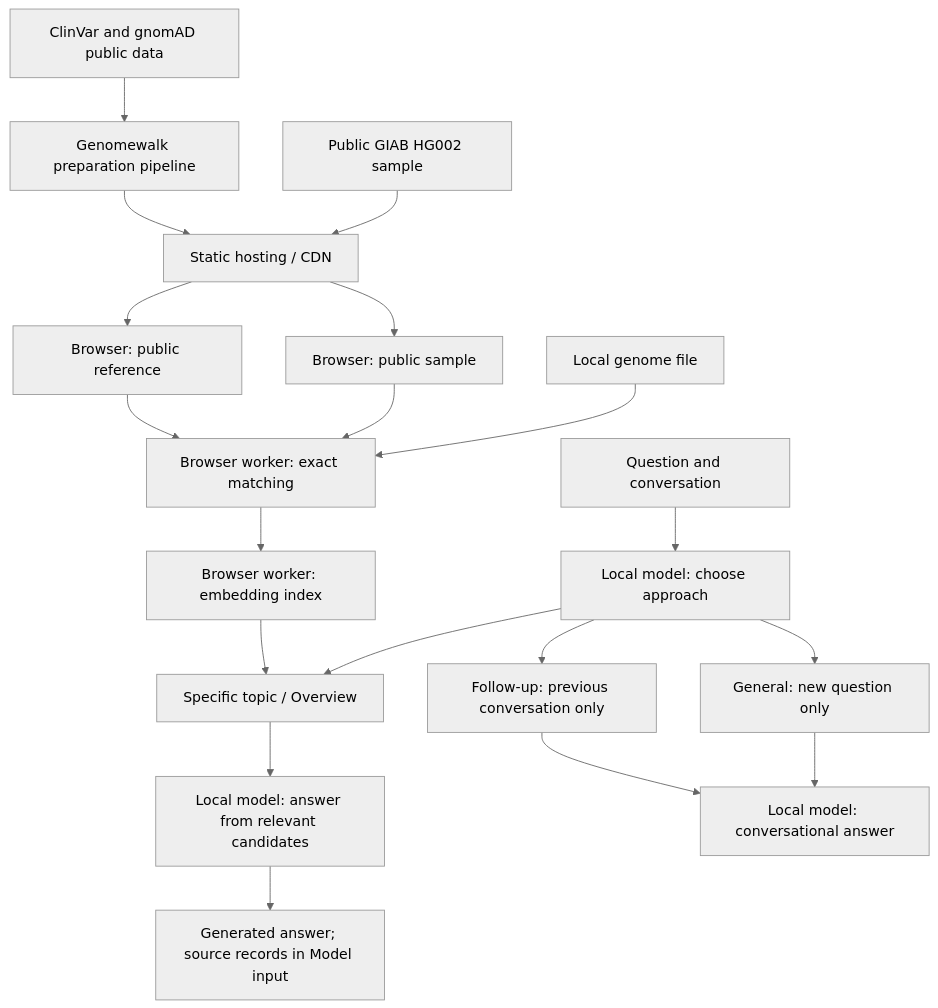
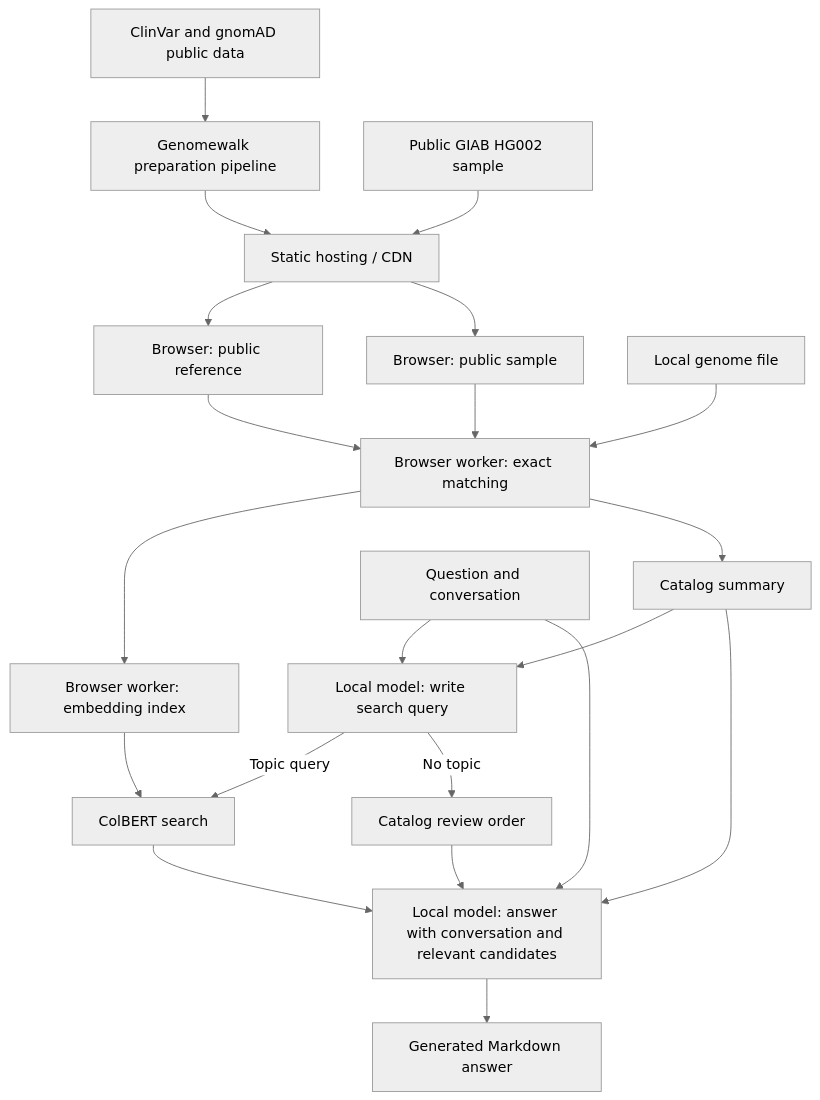
The diagram in docs/ARCHITECTURE.md (genomewalk/genomewalk-ai), drawn with Mermaid (neutral theme) before and after one commit. The commit also changed other lines of this file and 49 other files, not shown here.

First line of the commit message:
Use catalog summaries and ColBERT search for local genome chat

````diff
--- a/docs/ARCHITECTURE.md
+++ b/docs/ARCHITECTURE.md
@@ -5,21 +5,23 @@
 ```mermaid
 flowchart TD
   C[ClinVar and gnomAD public data] --> P[Genomewalk preparation pipeline]
   P --> S[Static hosting / CDN]
   H[Public GIAB HG002 sample] --> S
   S --> R[Browser: public reference]
   S --> G[Browser: public sample]
   F[Local genome file] --> M[Browser worker: exact matching]
   R --> M
   G --> M
   M --> I[Browser worker: embedding index]
-  Q[Question and conversation] --> L[Local model: choose approach]
-  L --> T[Specific topic / Overview]
-  L --> U[Follow-up: previous conversation only]
-  L --> V[General: new question only]
+  M --> B[Catalog summary]
+  B --> L[Local model: write search query]
+  Q[Question and conversation] --> L
+  L -->|Topic query| T[ColBERT search]
+  L -->|No topic| V[Catalog review order]
+  V --> A
   I --> T
-  T --> A[Local model: answer from relevant candidates]
-  U --> B[Local model: conversational answer]
-  V --> B
-  A --> D[Generated answer; source records in Model input]
+  T --> A[Local model: answer with conversation and relevant candidates]
+  B --> A
+  Q --> A
+  A --> D[Generated Markdown answer]
 ```
````
